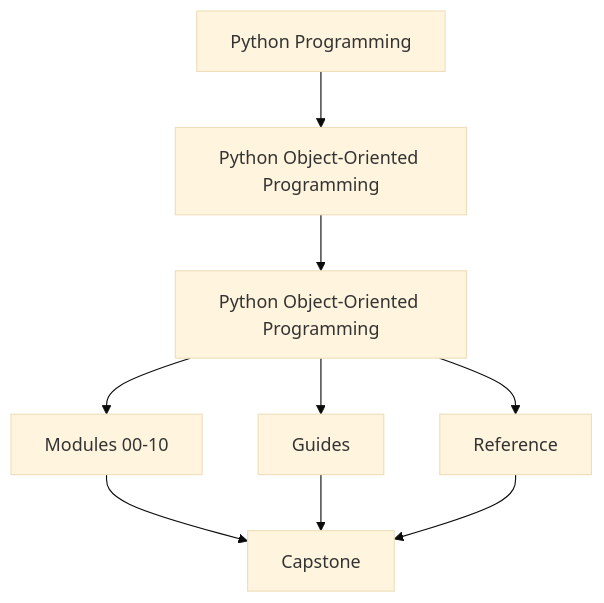
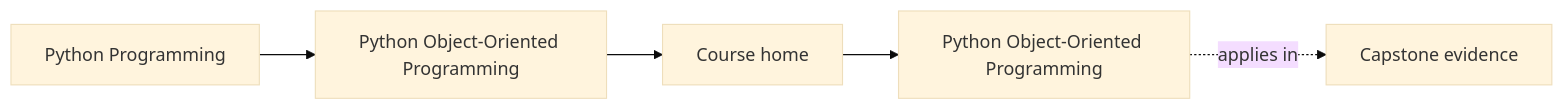
The first of 2 diagrams in programs/python-programming/python-object-oriented-programming/course-book/index.md (bijux/bijux-masterclass), drawn with Mermaid (base theme) before and after one commit. The commit also changed other lines of this file and 65 other files, not shown here.

Commit message:
docs(python-object-oriented-programming): map object model and design foundations

````diff
--- a/programs/python-programming/python-object-oriented-programming/course-book/index.md
+++ b/programs/python-programming/python-object-oriented-programming/course-book/index.md
@@ -7,11 +7,11 @@
 ```mermaid
-flowchart TD
-  family["Python Programming"] --> program["Python Object-Oriented Programming"]
-  program --> home["Python Object-Oriented Programming"]
-  home --> modules["Modules 00-10"]
-  home --> guides["Guides"]
-  home --> reference["Reference"]
-  modules --> capstone["Capstone"]
-  guides --> capstone
-  reference --> capstone
+graph LR
+  family["Python Programming"]
+  program["Python Object-Oriented Programming"]
+  section["Course home"]
+  page["Python Object-Oriented Programming"]
+  capstone["Capstone evidence"]
+
+  family --> program --> section --> page
+  page -.applies in.-> capstone
 ```
````
